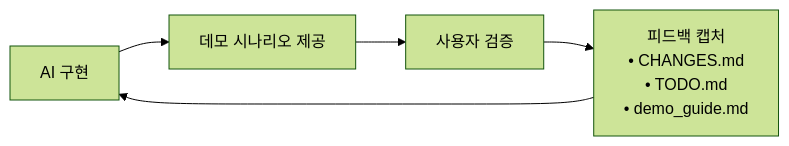
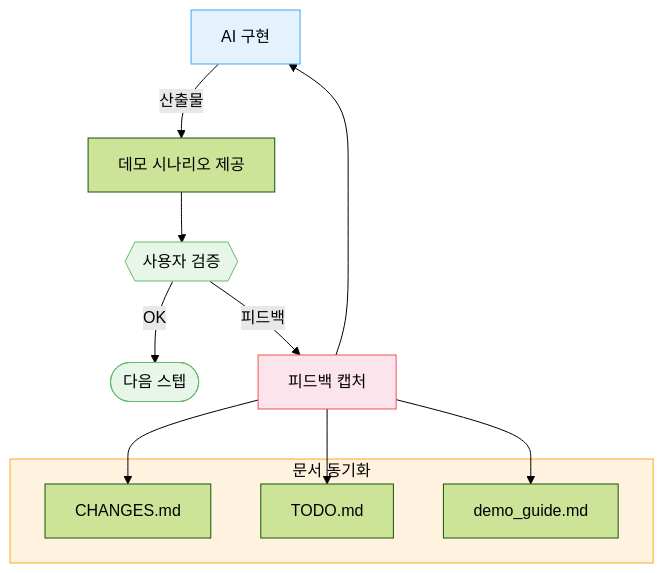
One commit to Jeensh/onTong changed the second of 3 diagrams in agentic-workflow/README.md. Above: the diagram before and after it, drawn with Mermaid (forest theme). The commit also changed other lines of this file and 1 other file, not shown here.

First line of the commit message:
docs: improve Mermaid diagram readability and visual consistency

````diff
--- a/agentic-workflow/README.md
+++ b/agentic-workflow/README.md
@@ -96,7 +105,22 @@
 ```mermaid
-flowchart LR
-    A[AI 구현] --> B[데모 시나리오 제공]
-    B --> C[사용자 검증]
-    C --> D["피드백 캡처<br/>• CHANGES.md<br/>• TODO.md<br/>• demo_guide.md"]
+graph TD
+    A["AI 구현"] -->|산출물| B["데모 시나리오 제공"]
+    B --> C{{"사용자 검증"}}
+    C -->|OK| Next(["다음 스텝"])
+    C -->|피드백| D["피드백 캡처"]
+
+    subgraph docs["문서 동기화"]
+        D1["CHANGES.md"]
+        D2["TODO.md"]
+        D3["demo_guide.md"]
+    end
+
+    D --> D1 & D2 & D3
     D --> A
+
+    style A fill:#e3f2fd,stroke:#42a5f5,color:#000
+    style C fill:#e8f5e9,stroke:#66bb6a,color:#000
+    style D fill:#fce4ec,stroke:#ef5350,color:#000
+    style docs fill:#fff3e0,stroke:#ffa726,color:#000
+    style Next fill:#e8f5e9,stroke:#66bb6a,color:#000
 ```
````
